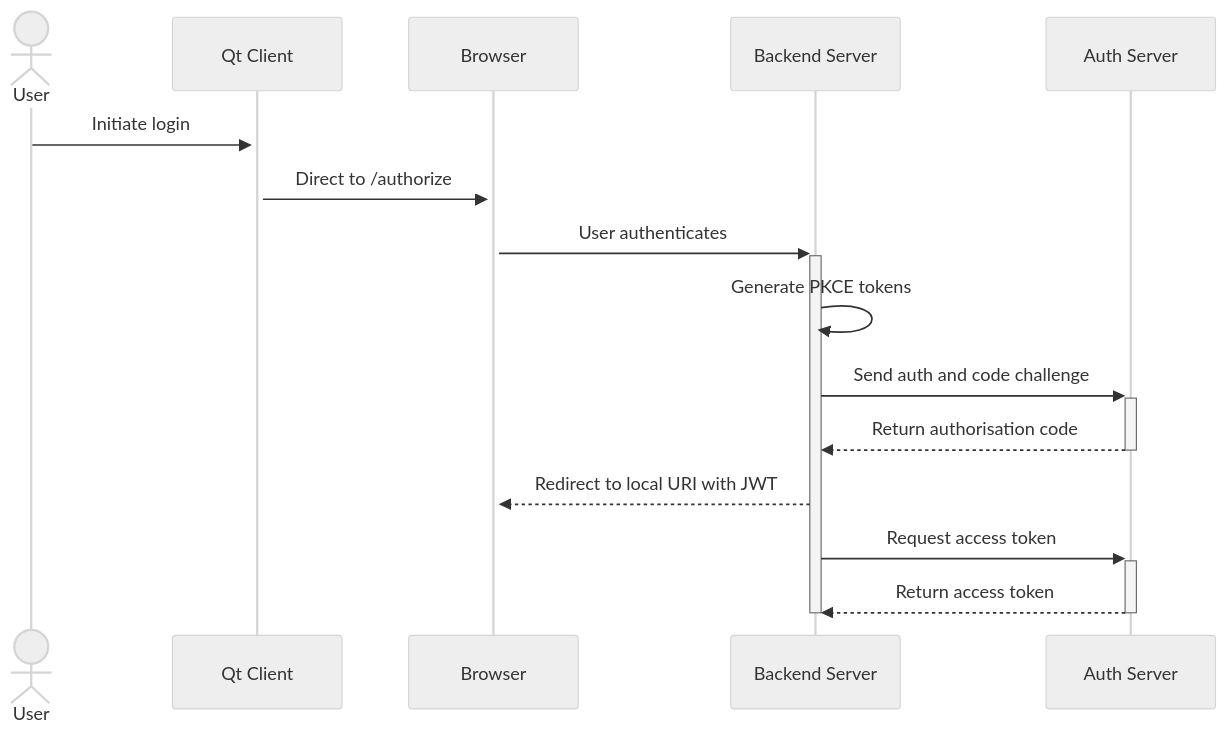
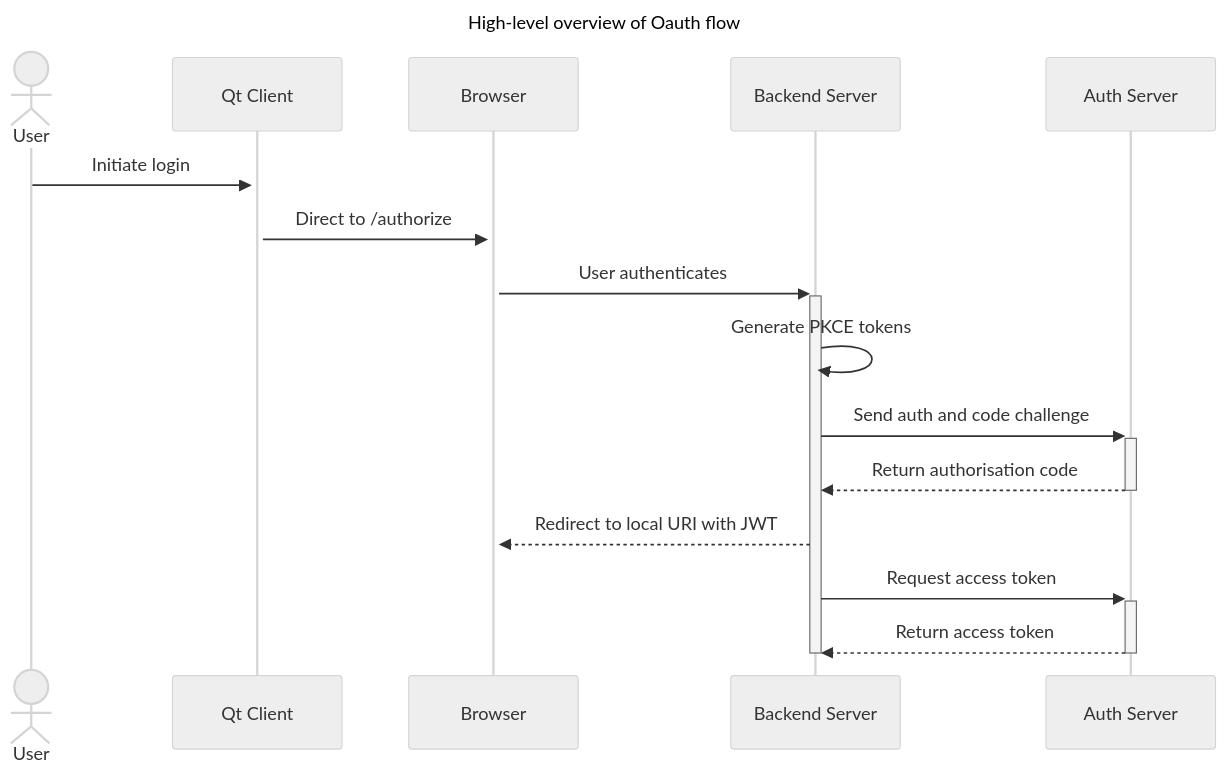
Before and after one commit to Craftarc/axel: the diagram in docs/oauth-overview.mermaid, drawn with Mermaid (neutral theme). The commit also changed 6 other files, not shown here.

```diff
--- a/docs/oauth-overview.mermaid
+++ b/docs/oauth-overview.mermaid
@@ -1,19 +1,22 @@
+---
+title: High-level overview of Oauth flow
+---
 sequenceDiagram
     actor User as User
     participant Client as Qt Client
     participant Browser as Browser
     participant Backend as Backend Server
     participant Auth as Auth Server
 
     User ->>+ Client: Initiate login
     Client ->>+ Browser: Direct to /authorize
     Browser ->>+ Backend: User authenticates
     Backend ->> Backend: Generate PKCE tokens
     Backend ->>+ Auth: Send auth and code challenge
     Auth -->>- Backend: Return authorisation code
     Backend -->> Browser: Redirect to local URI with JWT
     Backend ->>+ Auth: Request access token
     Auth -->>- Backend: Return access token
 
 
     deactivate Backend
```
